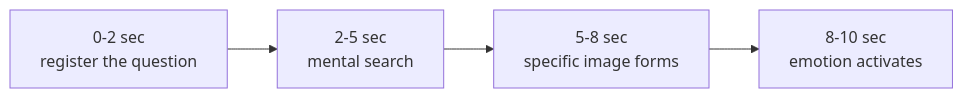
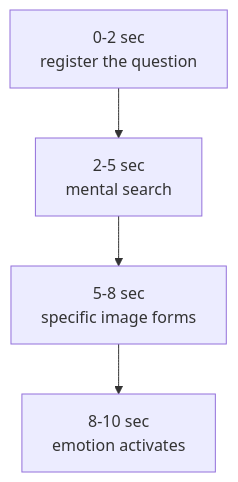
One commit to leotansingapore/aia-product-compass-hub changed the diagram in docs/next-60-days/week-8/day-44.md. Above: the diagram before and after it, drawn with Mermaid. The commit also changed 39 other files, not shown here.

Commit message:
Next-60-days and first-14-days lessons: vertical mermaid diagrams, no broken inline-HTML blocks

````diff
--- a/docs/next-60-days/week-8/day-44.md
+++ b/docs/next-60-days/week-8/day-44.md
@@ -47,6 +47,6 @@
 ```mermaid
-flowchart LR
+flowchart TD
     S1["0-2 sec<br/>register the question"] --> S2["2-5 sec<br/>mental search"]
     S2 --> S3["5-8 sec<br/>specific image forms"]
     S3 --> S4["8-10 sec<br/>emotion activates"]
 ```
````
